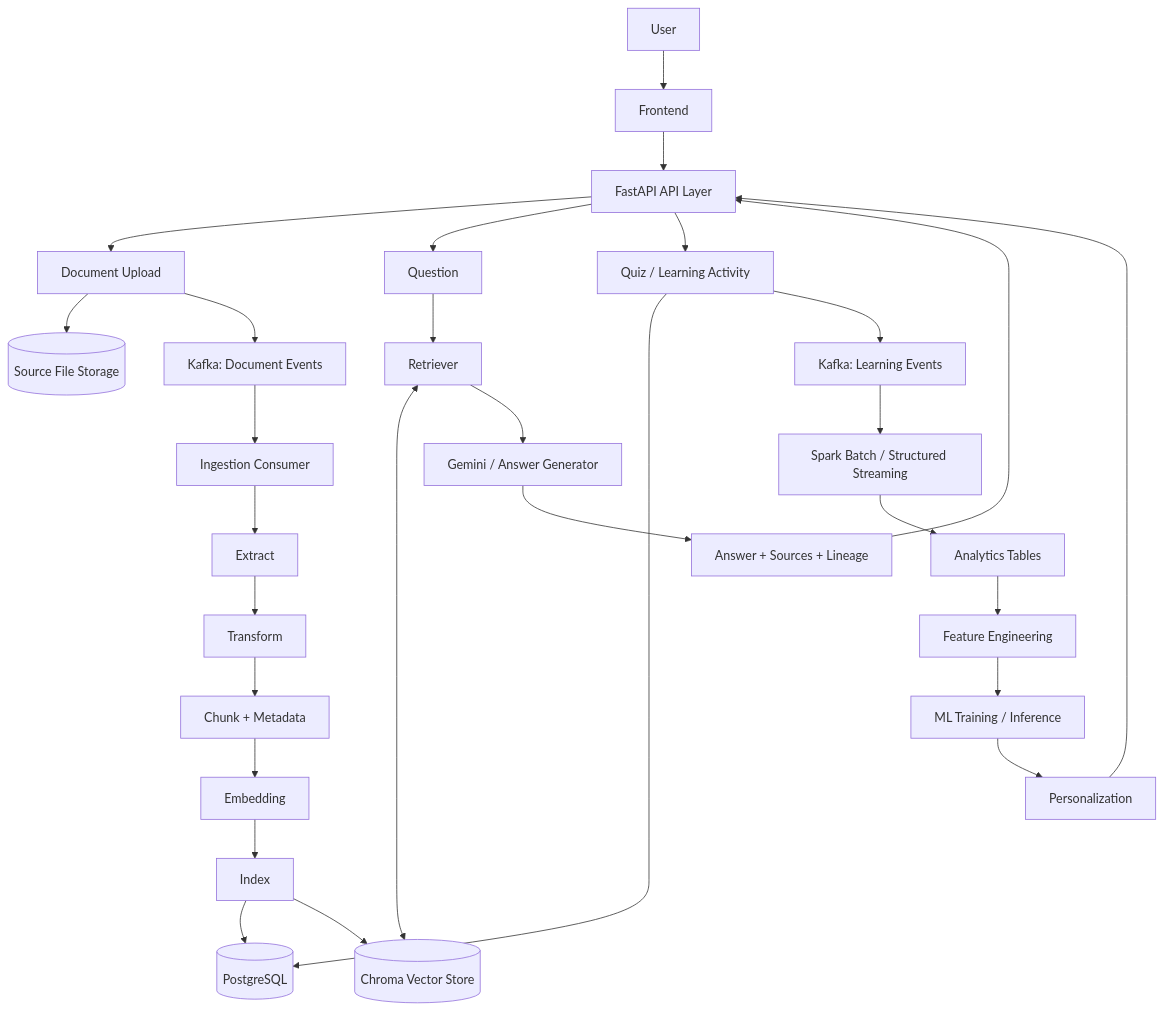
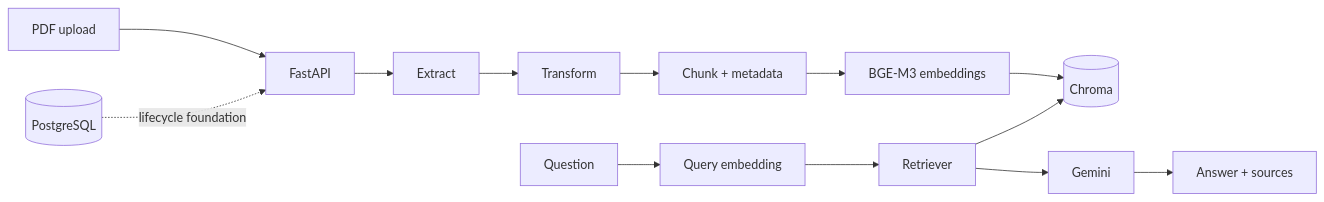
The diagram in README.md (tonthatgiahuy16/CloudMentor-AI), drawn with Mermaid before and after one commit. The commit also changed other lines of this file and 26 other files, not shown here.

````diff
--- a/README.md
+++ b/README.md
@@ -48,37 +39,17 @@
 ```mermaid
-flowchart TB
-    U[User] --> FE[Frontend]
-    FE --> API[FastAPI API Layer]
+flowchart LR
+    U[PDF upload] --> API[FastAPI]
+    API --> EX[Extract]
+    EX --> TR[Transform]
+    TR --> CK[Chunk + metadata]
+    CK --> EM[BGE-M3 embeddings]
+    EM --> CH[(Chroma)]
 
-    API --> DU[Document Upload]
-    DU --> FS[(Source File Storage)]
-    DU --> KDE[Kafka: Document Events]
-    KDE --> IC[Ingestion Consumer]
+    Q[Question] --> QE[Query embedding]
+    QE --> RT[Retriever]
+    RT --> CH
+    RT --> GM[Gemini]
+    GM --> A[Answer + sources]
 
-    IC --> EX[Extract]
-    EX --> TR[Transform]
-    TR --> CK[Chunk + Metadata]
-    CK --> EM[Embedding]
-    EM --> IX[Index]
-
-    IX --> PG[(PostgreSQL)]
-    IX --> CH[(Chroma Vector Store)]
-
-    API --> Q[Question]
-    Q --> RT[Retriever]
-    RT <--> CH
-    RT --> GM[Gemini / Answer Generator]
-    GM --> AR[Answer + Sources + Lineage]
-    AR --> API
-
-    API --> QZ[Quiz / Learning Activity]
-    QZ --> PG
-    QZ --> KLE[Kafka: Learning Events]
-
-    KLE --> SP[Spark Batch / Structured Streaming]
-    SP --> AN[Analytics Tables]
-    AN --> FT[Feature Engineering]
-    FT --> ML[ML Training / Inference]
-    ML --> PS[Personalization]
-    PS --> API
+    PG[(PostgreSQL)] -. lifecycle foundation .-> API
 ```
````
